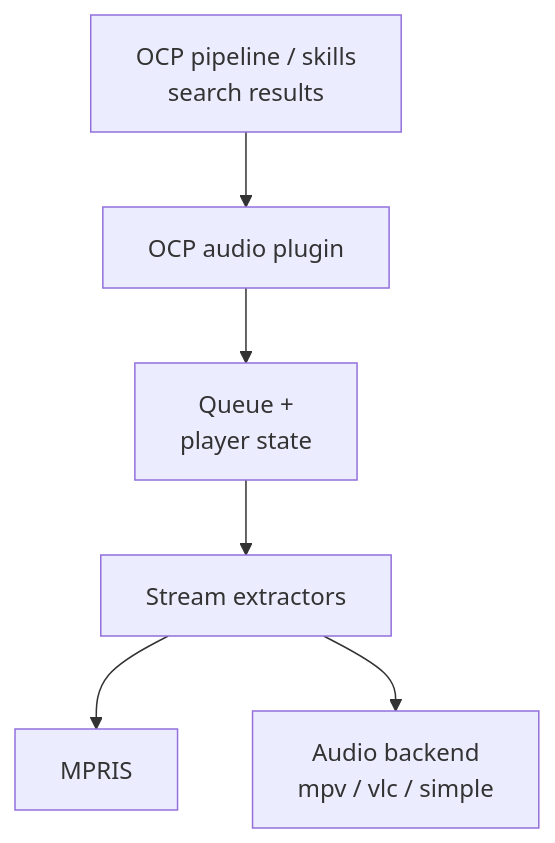
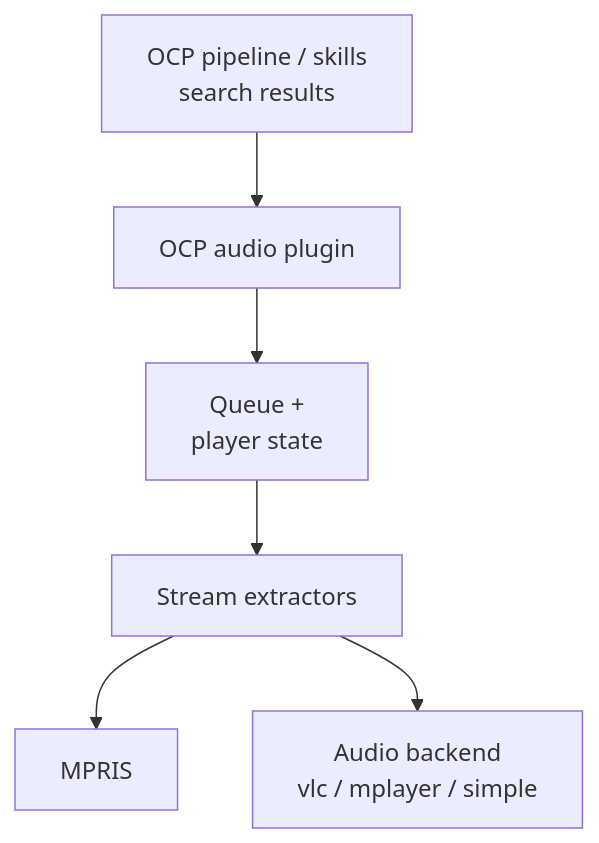
One commit to OpenVoiceOS/beta-technical-manual changed the diagram in docs/ocp-audio-plugin.md. Above: the diagram before and after it, drawn with Mermaid. The commit also changed other lines of this file and 3 other files, not shown here.

````diff
--- a/docs/ocp-audio-plugin.md
+++ b/docs/ocp-audio-plugin.md
@@ -36,8 +36,8 @@
 ```mermaid
 flowchart TD
     A["OCP pipeline / skills<br/>search results"] --> B["OCP audio plugin"]
     B --> C["Queue +<br/>player state"]
     C --> D["Stream extractors"]
     D --> E["MPRIS"]
-    D --> F["Audio backend<br/>mpv / vlc / simple"]
+    D --> F["Audio backend<br/>vlc / mplayer / simple"]
 ```
````
